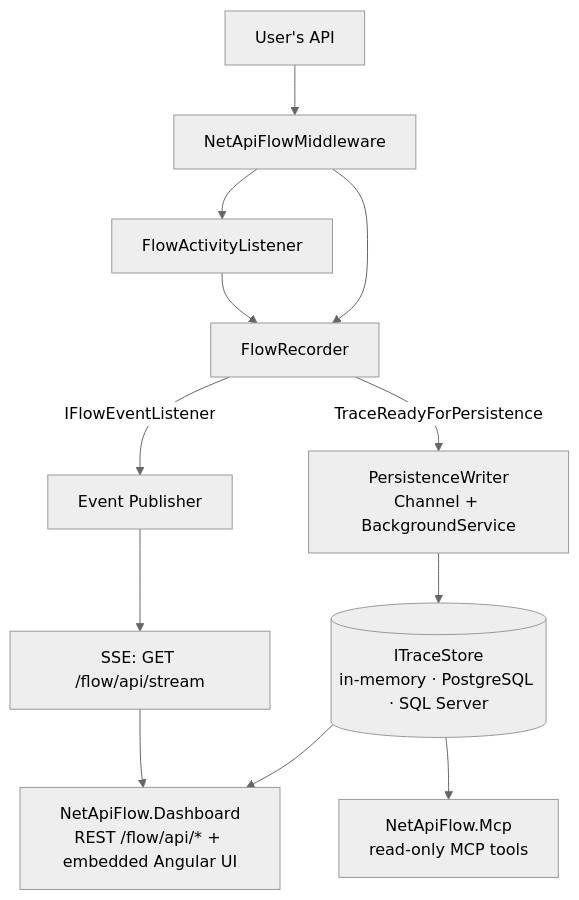
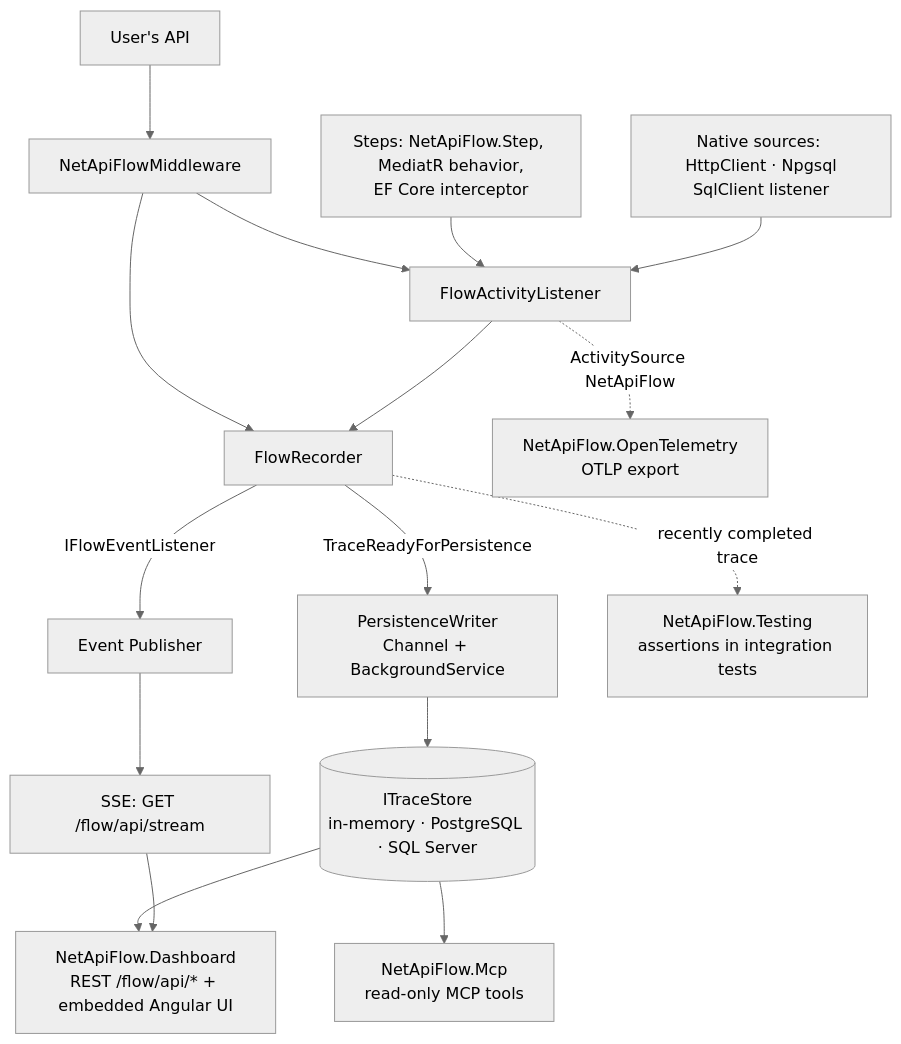
The diagram in docs/architecture.md (Douglasproglima/netapiflow), drawn with Mermaid (neutral theme) before and after one commit. The commit also changed other lines of this file and 706 other files, not shown here.

````diff
--- a/docs/architecture.md
+++ b/docs/architecture.md
@@ -7,14 +7,18 @@
 ```mermaid
 flowchart TD
     User[User's API] --> MW[NetApiFlowMiddleware]
     MW --> AL[FlowActivityListener]
     MW --> REC[FlowRecorder]
+    STEPS[Steps: NetApiFlow.Step, MediatR behavior,<br/>EF Core interceptor] --> AL
+    DRV[Native sources: HttpClient · Npgsql<br/>SqlClient listener] --> AL
     AL --> REC
     REC -- TraceReadyForPersistence --> PW[PersistenceWriter<br/>Channel + BackgroundService]
     REC -- IFlowEventListener --> EP[Event Publisher]
     EP --> SSE[SSE: GET /flow/api/stream]
     PW --> STORE[(ITraceStore<br/>in-memory · PostgreSQL · SQL Server)]
     STORE --> DASH[NetApiFlow.Dashboard<br/>REST /flow/api/* + embedded Angular UI]
     SSE --> DASH
     STORE --> MCP[NetApiFlow.Mcp<br/>read-only MCP tools]
+    AL -. ActivitySource NetApiFlow .-> OTEL[NetApiFlow.OpenTelemetry<br/>OTLP export]
+    REC -. recently completed trace .-> TEST[NetApiFlow.Testing<br/>assertions in integration tests]
 ```
````
